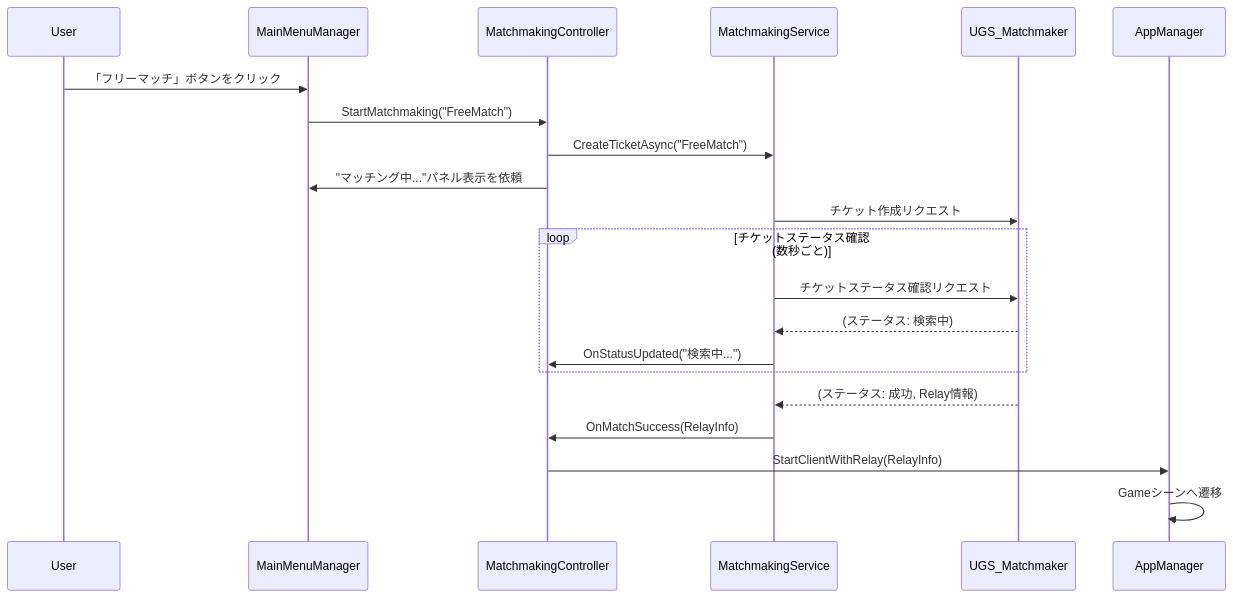
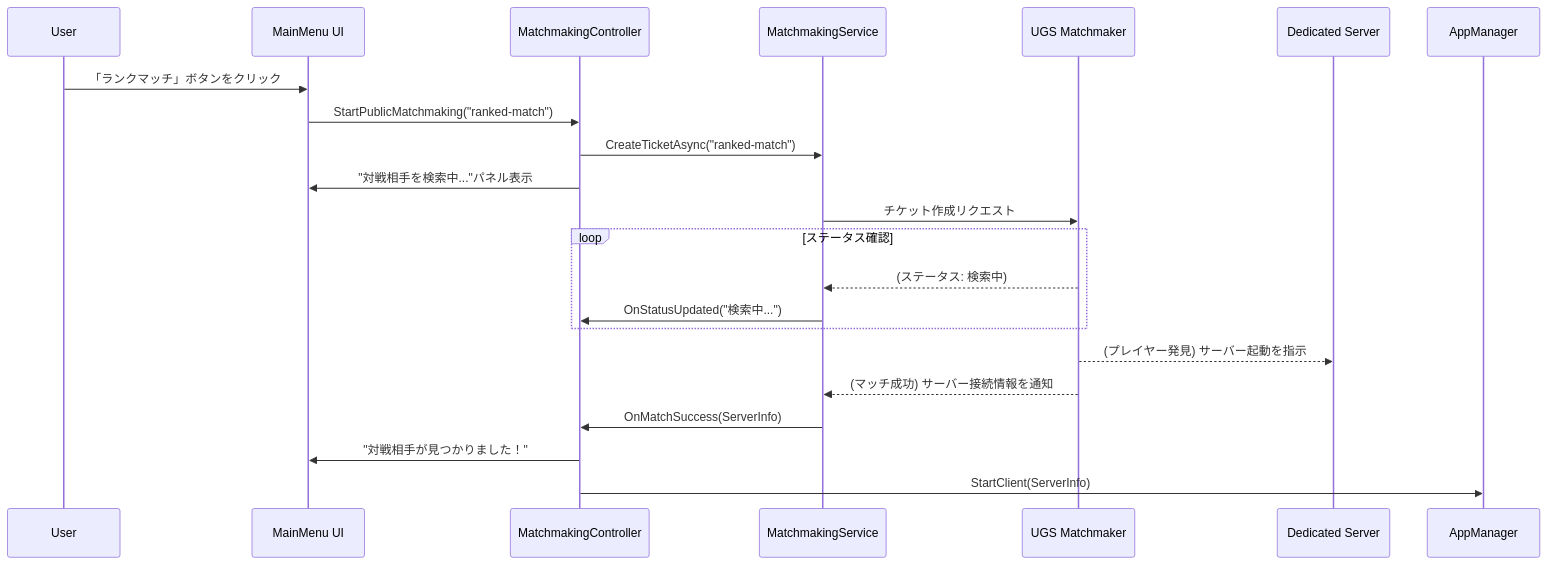
One commit to C4P3/TypingSurvivor changed the second of 3 diagrams in Assets/_Project/Features/Core/Matchmaking/Matchmaking-Design.md. Above: the diagram before and after it, drawn with Mermaid. The commit also changed other lines of this file and 4 other files, not shown here.

````diff
--- a/Assets/_Project/Features/Core/Matchmaking/Matchmaking-Design.md
+++ b/Assets/_Project/Features/Core/Matchmaking/Matchmaking-Design.md
@@ -94,29 +94,29 @@
 ```mermaid
 sequenceDiagram
     participant User
-    participant MainMenuManager
-    participant MatchmakingController
-    participant MatchmakingService
-    participant UGS_Matchmaker
-    participant AppManager
+    participant UI as MainMenu UI
+    participant Controller as MatchmakingController
+    participant Service as MatchmakingService
+    participant UGS as UGS Matchmaker
+    participant Server as Dedicated Server
 
-    User->>MainMenuManager: 「フリーマッチ」ボタンをクリック
-    MainMenuManager->>MatchmakingController: StartMatchmaking("FreeMatch")
+    User->>UI: 「ランクマッチ」ボタンをクリック
+    UI->>Controller: StartPublicMatchmaking("ranked-match")
     
-    MatchmakingController->>MatchmakingService: CreateTicketAsync("FreeMatch")
-    MatchmakingController->>MainMenuManager: "マッチング中..."パネル表示を依頼
+    Controller->>Service: CreateTicketAsync("ranked-match")
+    Controller->>UI: "対戦相手を検索中..."パネル表示
     
-    MatchmakingService->>UGS_Matchmaker: チケット作成リクエスト
+    Service->>UGS: チケット作成リクエスト
     
-    loop チケットステータス確認 (数秒ごと)
-        MatchmakingService->>UGS_Matchmaker: チケットステータス確認リクエスト
-        UGS_Matchmaker-->>MatchmakingService: (ステータス: 検索中)
-        MatchmakingService->>MatchmakingController: OnStatusUpdated("検索中...")
+    loop ステータス確認
+        UGS-->>Service: (ステータス: 検索中)
+        Service->>Controller: OnStatusUpdated("検索中...")
     end
     
-    UGS_Matchmaker-->>MatchmakingService: (ステータス: 成功, Relay情報)
-    MatchmakingService->>MatchmakingController: OnMatchSuccess(RelayInfo)
+    UGS-->>Server: (プレイヤー発見) サーバー起動を指示
+    UGS-->>Service: (マッチ成功) サーバー接続情報を通知
     
-    MatchmakingController->>AppManager: StartClientWithRelay(RelayInfo)
-    AppManager->>AppManager: Gameシーンへ遷移
+    Service->>Controller: OnMatchSuccess(ServerInfo)
+    Controller->>UI: "対戦相手が見つかりました！"
+    Controller->>AppManager: StartClient(ServerInfo)
 ```
````
